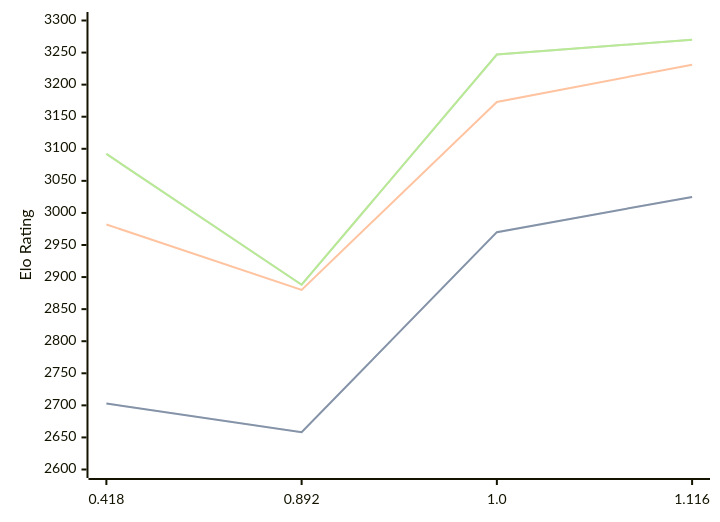
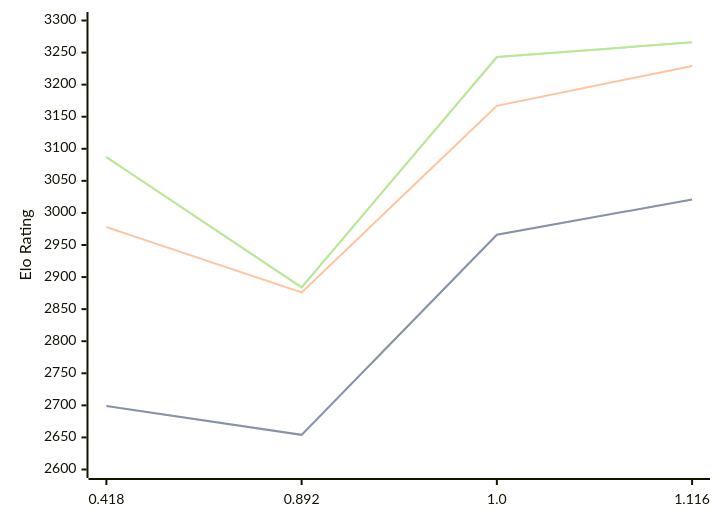
One commit to computer-chess-index/cci changed the third of 3 diagrams in engines/Malika.md. Above: the diagram before and after it, drawn with Mermaid. The commit also changed other lines of this file, not shown here.

Commit message:
Update CCI Ratings (ELO VLTC) - 2026-07-16

````diff
--- a/engines/Malika.md
+++ b/engines/Malika.md
@@ -67,11 +67,11 @@
 ```mermaid
 %%{init: {"theme":"base","themeVariables":{"seriesColors:['#a3a3a3','#222221','#faa371']}}}%%
 xychart-beta
   x-axis ["0.418", "0.892", "1.0", "1.116"]
   y-axis "Elo Rating" 2600 --> 3300
-  line "STC (8.0+0.08s)" [2703, 2658, 2970, 3025]
-  line "STC (8.0+0.08s)" [2703, 2658, 2970, 3025]
-  line "LTC (60.0+0.60s)" [2982, 2880, 3173, 3231]
-  line "VLTC (2m24s+1.12s)" [3092, 2888, 3247, 3270]
-  line "VLTC (2m24s+1.12s)" [3092, 2888, 3247, 3270]
+  line "STC (8.0+0.08s)" [2699, 2654, 2966, 3021]
+  line "STC (8.0+0.08s)" [2699, 2654, 2966, 3021]
+  line "LTC (60.0+0.60s)" [2978, 2876, 3167, 3229]
+  line "VLTC (2m24s+1.12s)" [3087, 2884, 3243, 3266]
+  line "VLTC (2m24s+1.12s)" [3087, 2884, 3243, 3266]
 ```
````
